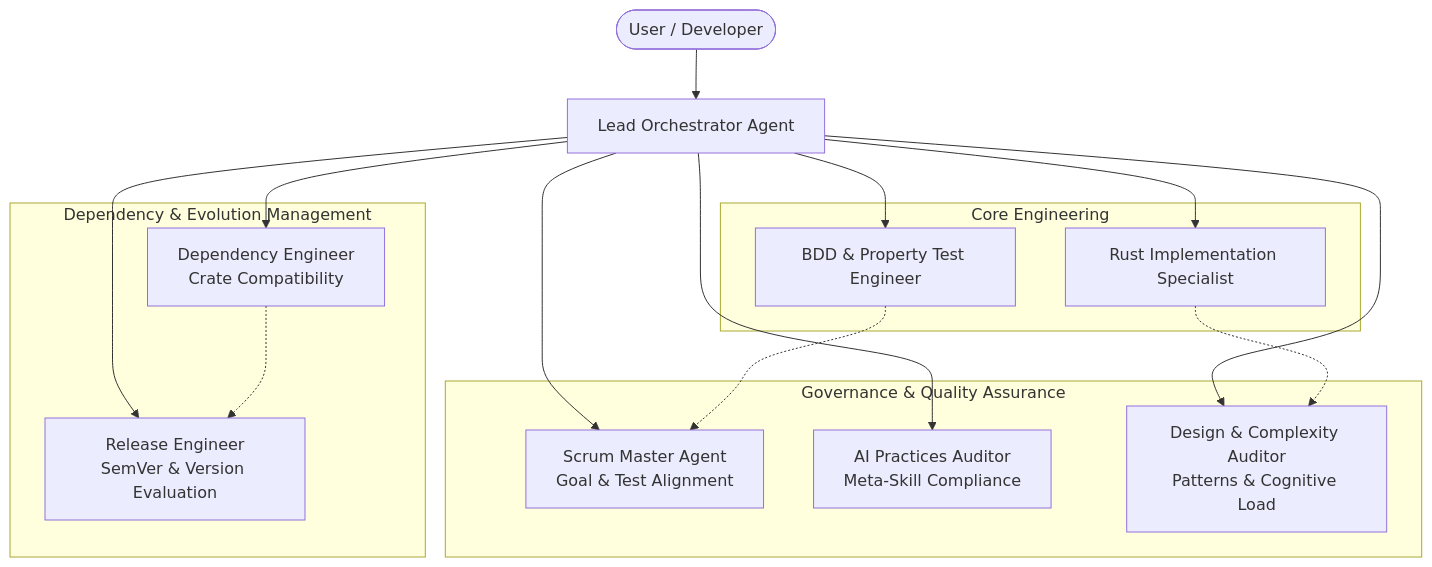
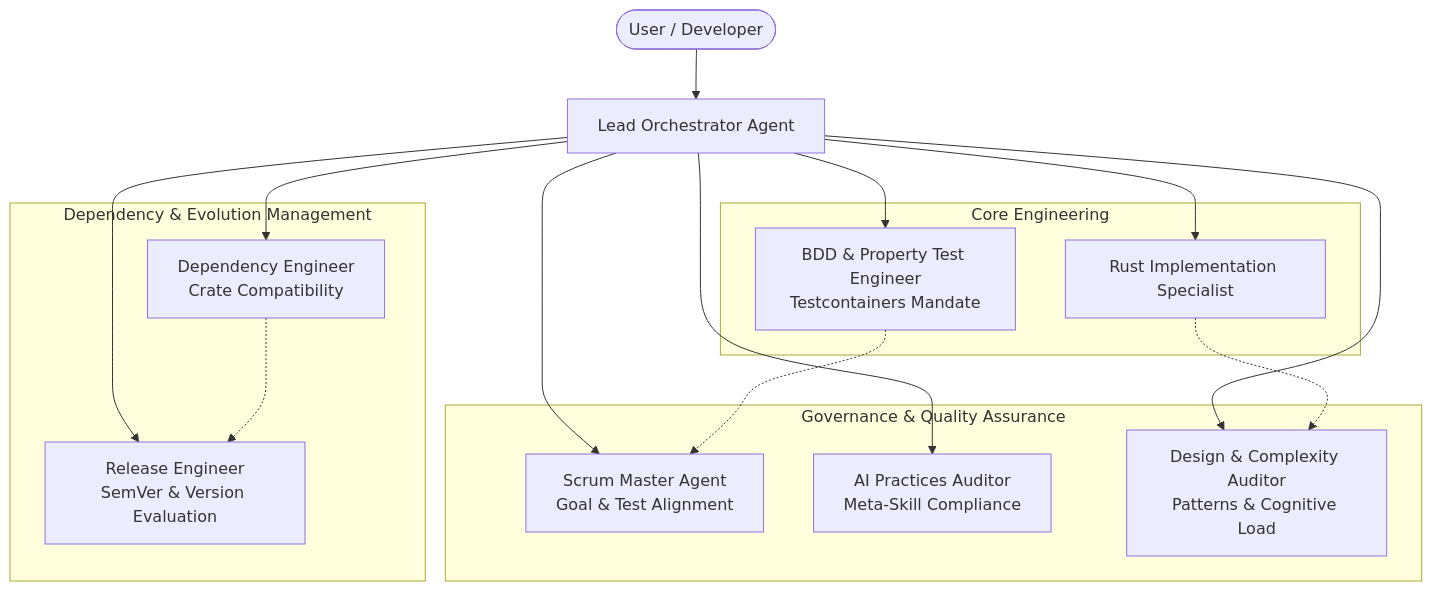
Before and after one commit to yasuomaidana/embedag: the diagram in AGENTS.md, drawn with Mermaid. The commit also changed other lines of this file and 9 other files, not shown here.

````diff
--- a/AGENTS.md
+++ b/AGENTS.md
@@ -16,32 +16,32 @@
 ```mermaid
 flowchart TD
     User([User / Developer]) --> Orchestrator[Lead Orchestrator Agent]
     
     subgraph "Governance & Quality Assurance"
         SM[Scrum Master Agent<br/>Goal & Test Alignment]
         Audit[AI Practices Auditor<br/>Meta-Skill Compliance]
         Arch[Design & Complexity Auditor<br/>Patterns & Cognitive Load]
     end
 
     subgraph "Dependency & Evolution Management"
         CrateEng[Dependency Engineer<br/>Crate Compatibility]
         VersionEng[Release Engineer<br/>SemVer & Version Evaluation]
     end
 
     subgraph "Core Engineering"
         Builder[Rust Implementation Specialist]
-        Tester[BDD & Property Test Engineer]
+        Tester[BDD & Property Test Engineer<br/>Testcontainers Mandate]
     end
 
     Orchestrator --> SM
     Orchestrator --> Audit
     Orchestrator --> Arch
     Orchestrator --> CrateEng
     Orchestrator --> VersionEng
     Orchestrator --> Builder
     Orchestrator --> Tester
 
     Builder -.-> Arch
     Tester -.-> SM
     CrateEng -.-> VersionEng
 ```
````
